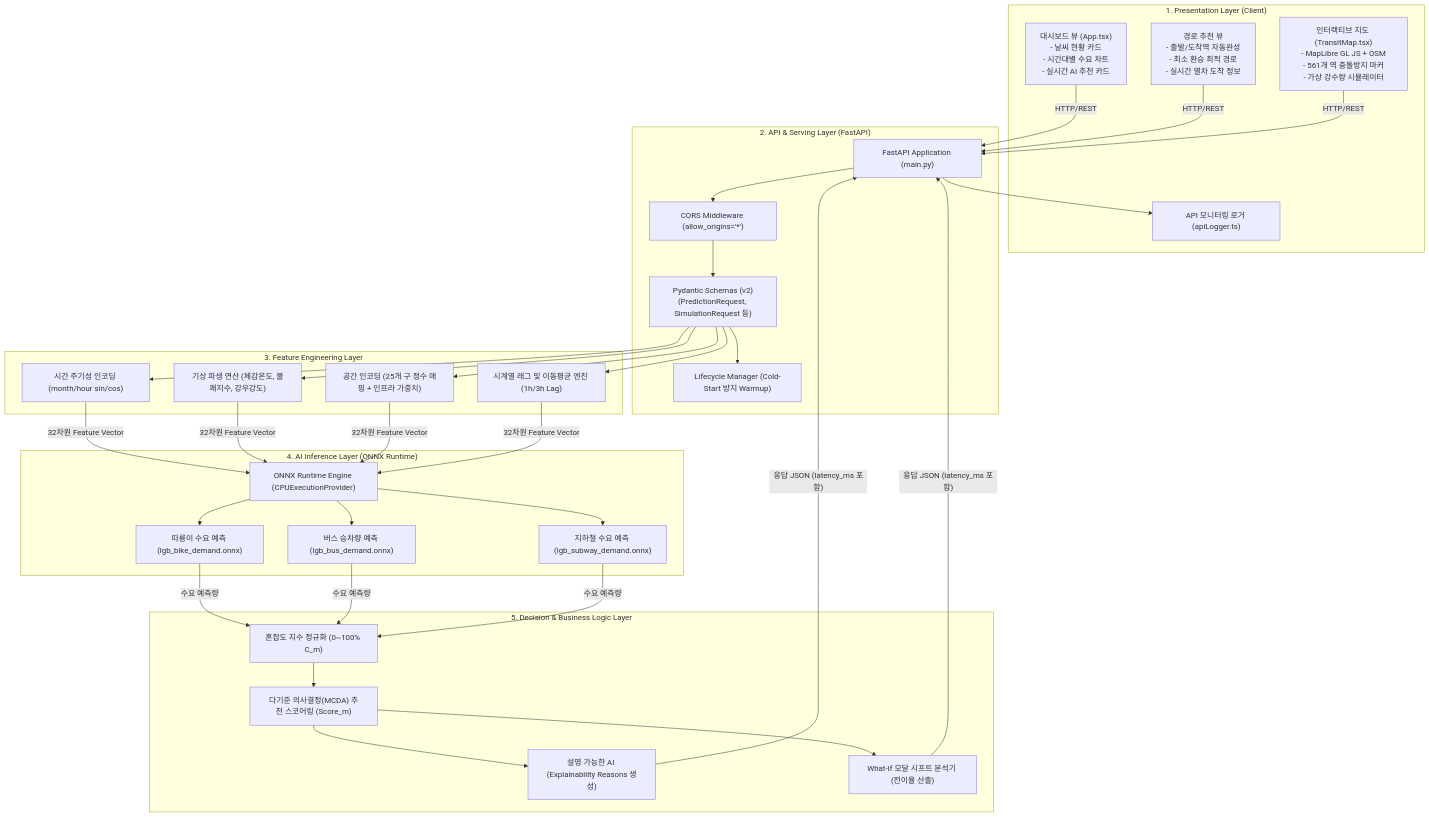
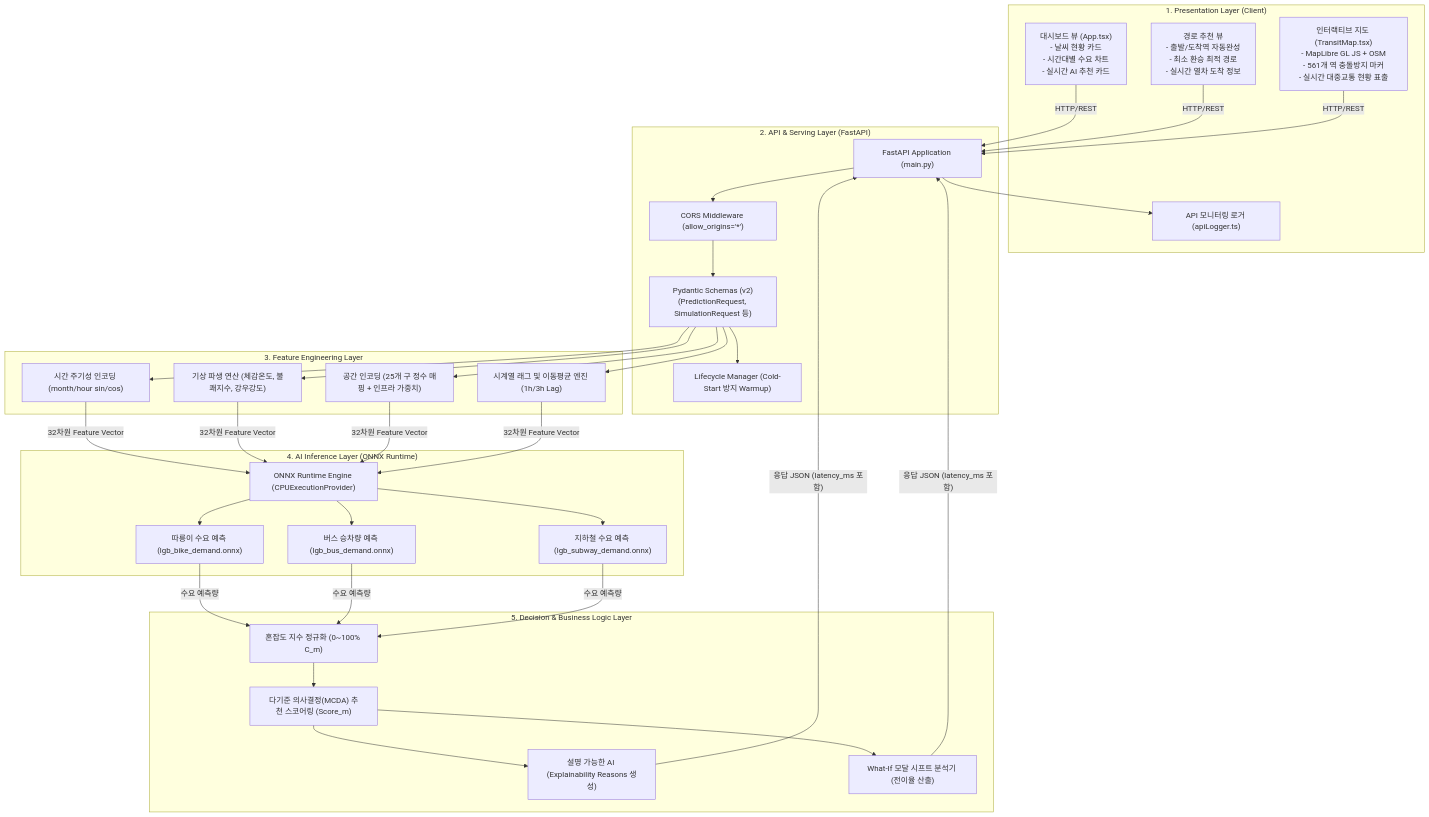
Before and after one commit to 14EE4/weather-transit-web: the third of 6 diagrams in docs/SYSTEM_ARCHITECTURE.md, drawn with Mermaid. The commit also changed other lines of this file and 3 other files, not shown here.

````diff
--- a/docs/SYSTEM_ARCHITECTURE.md
+++ b/docs/SYSTEM_ARCHITECTURE.md
@@ -139,47 +139,47 @@
 ```mermaid
 flowchart TB
     subgraph PresentationLayer ["1. Presentation Layer (Client)"]
         UI_Dash["대시보드 뷰 (App.tsx)<br>- 날씨 현황 카드<br>- 시간대별 수요 차트<br>- 실시간 AI 추천 카드"]
         UI_Route["경로 추천 뷰<br>- 출발/도착역 자동완성<br>- 최소 환승 최적 경로<br>- 실시간 열차 도착 정보"]
-        UI_Map["인터랙티브 지도 (TransitMap.tsx)<br>- MapLibre GL JS + OSM<br>- 561개 역 충돌방지 마커<br>- 가상 강수량 시뮬레이터"]
+        UI_Map["인터랙티브 지도 (TransitMap.tsx)<br>- MapLibre GL JS + OSM<br>- 561개 역 충돌방지 마커<br>- 실시간 대중교통 현황 표출"]
         Logger["API 모니터링 로거 (apiLogger.ts)"]
     end
 
     subgraph APILayer ["2. API & Serving Layer (FastAPI)"]
         Router["FastAPI Application (main.py)"]
         CORS["CORS Middleware (allow_origins='*')"]
         Schema["Pydantic Schemas (v2)<br>(PredictionRequest, SimulationRequest 등)"]
         Lifespan["Lifecycle Manager (Cold-Start 방지 Warmup)"]
     end
 
     subgraph FeatureLayer ["3. Feature Engineering Layer"]
         Cyclic["시간 주기성 인코딩 (month/hour sin/cos)"]
         WeatherDerive["기상 파생 연산 (체감온도, 불쾌지수, 강우강도)"]
         Spatial["공간 인코딩 (25개 구 정수 매핑 + 인프라 가중치)"]
         LagEngine["시계열 래그 및 이동평균 엔진 (1h/3h Lag)"]
     end
 
     subgraph ModelLayer ["4. AI Inference Layer (ONNX Runtime)"]
         ONNX_Engine["ONNX Runtime Engine (CPUExecutionProvider)"]
         LGB_Bike["따릉이 수요 예측 (lgb_bike_demand.onnx)"]
         LGB_Bus["버스 승차량 예측 (lgb_bus_demand.onnx)"]
         LGB_Sub["지하철 수요 예측 (lgb_subway_demand.onnx)"]
     end
 
     subgraph DecisionLayer ["5. Decision & Business Logic Layer"]
         Congestion["혼잡도 지수 정규화 (0~100% C_m)"]
         MCDA["다기준 의사결정(MCDA) 추천 스코어링 (Score_m)"]
         XAI["설명 가능한 AI (Explainability Reasons 생성)"]
         ModalShift["What-If 모달 시프트 분석기 (전이율 산출)"]
     end
 
     UI_Dash & UI_Route & UI_Map -->|HTTP/REST| Router
     Router --> CORS --> Schema --> Lifespan
     Schema --> Cyclic & WeatherDerive & Spatial & LagEngine
     Cyclic & WeatherDerive & Spatial & LagEngine -->|32차원 Feature Vector| ONNX_Engine
     ONNX_Engine --> LGB_Bike & LGB_Bus & LGB_Sub
     LGB_Bike & LGB_Bus & LGB_Sub -->|수요 예측량| Congestion
     Congestion --> MCDA --> XAI & ModalShift
     XAI & ModalShift -->|"응답 JSON (latency_ms 포함)"| Router
     Router --> Logger
 ```
````
